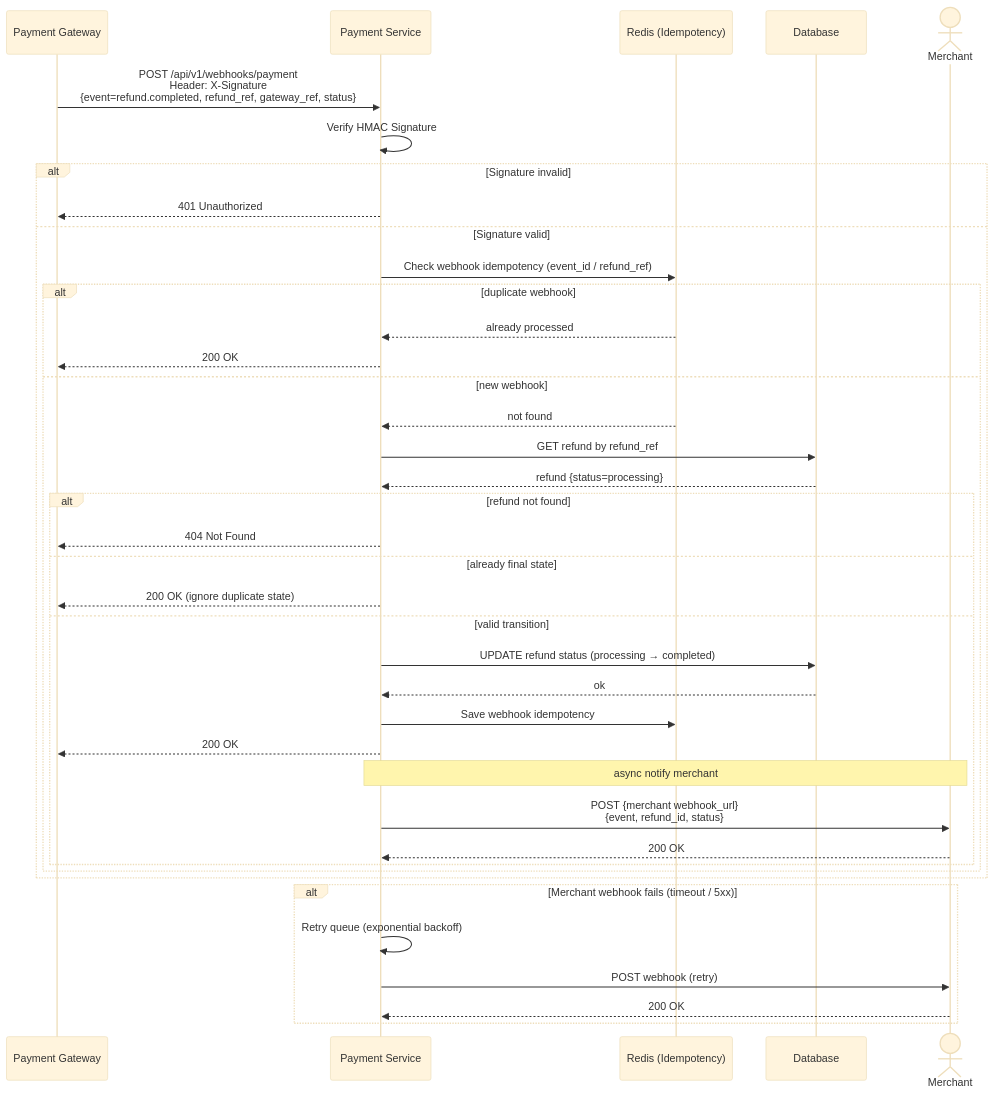
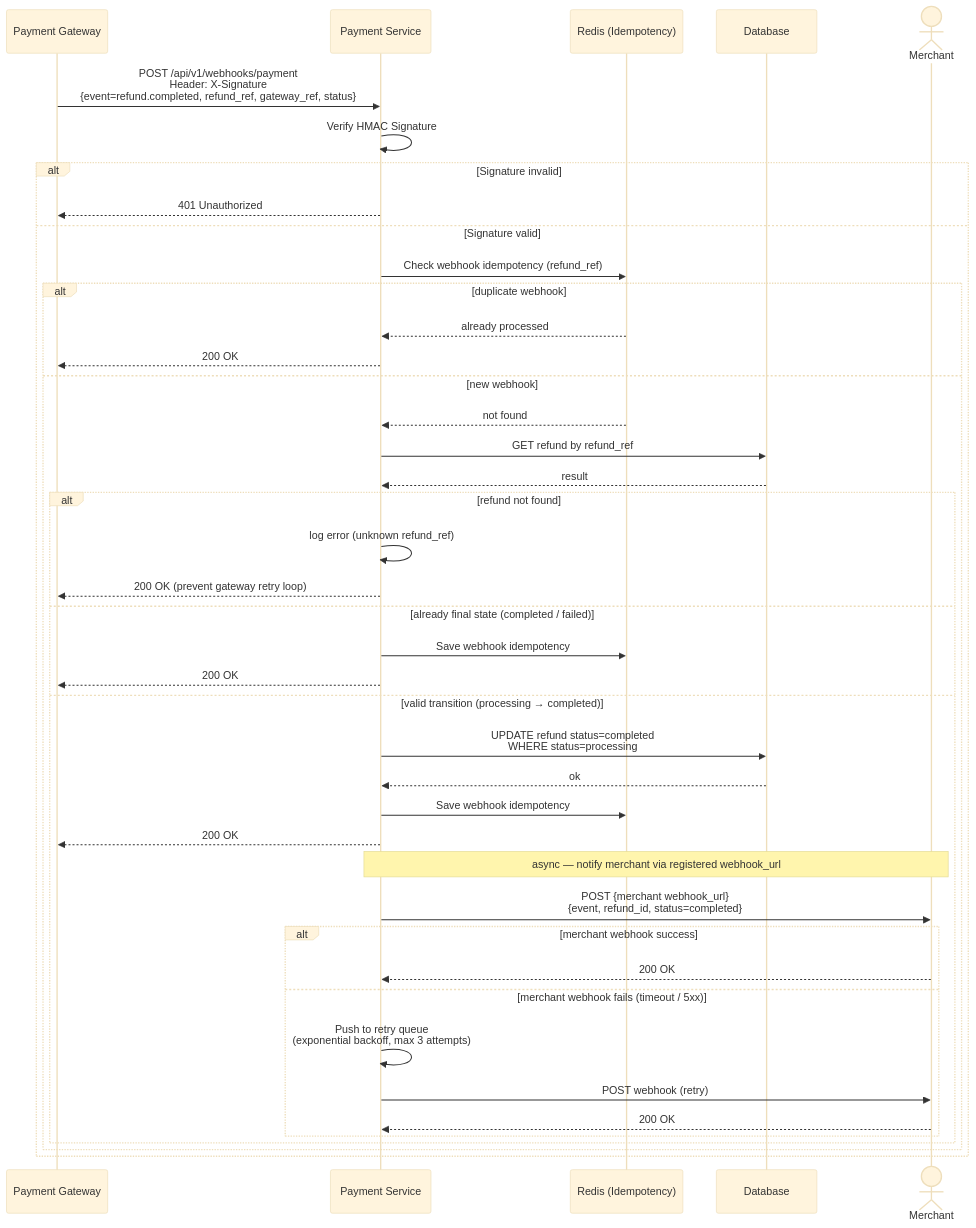
Before and after one commit to Noppawat3939/card-payment-service: the seventh of 7 diagrams in readme.md, drawn with Mermaid (base theme). The commit also changed other lines of this file and 3 other files, not shown here.

````diff
--- a/readme.md
+++ b/readme.md
@@ -619,53 +640,55 @@
 ```mermaid
 sequenceDiagram
     participant GW as Payment Gateway
     participant S as Payment Service
     participant R as Redis (Idempotency)
     participant DB as Database
     actor M as Merchant
 
     GW->>S: POST /api/v1/webhooks/payment<br/>Header: X-Signature<br/>{event=refund.completed, refund_ref, gateway_ref, status}
 
     S->>S: Verify HMAC Signature
 
     alt Signature invalid
         S-->>GW: 401 Unauthorized
     else Signature valid
 
-        S->>R: Check webhook idempotency (event_id / refund_ref)
+        S->>R: Check webhook idempotency (refund_ref)
 
         alt duplicate webhook
             R-->>S: already processed
             S-->>GW: 200 OK
         else new webhook
             R-->>S: not found
 
             S->>DB: GET refund by refund_ref
-            DB-->>S: refund {status=processing}
+            DB-->>S: result
 
             alt refund not found
-                S-->>GW: 404 Not Found
-            else already final state
-                S-->>GW: 200 OK (ignore duplicate state)
-            else valid transition
-                S->>DB: UPDATE refund status (processing → completed)
+                S->>S: log error (unknown refund_ref)
+                S-->>GW: 200 OK (prevent gateway retry loop)
+            else already final state (completed / failed)
+                S->>R: Save webhook idempotency
+                S-->>GW: 200 OK
+            else valid transition (processing → completed)
+                S->>DB: UPDATE refund status=completed<br/>WHERE status=processing
                 DB-->>S: ok
 
                 S->>R: Save webhook idempotency
-
                 S-->>GW: 200 OK
 
-                Note over S,M: async notify merchant
+                Note over S,M: async — notify merchant via registered webhook_url
 
-                S->>M: POST {merchant webhook_url}<br/>{event, refund_id, status}
-                M-->>S: 200 OK
+                S->>M: POST {merchant webhook_url}<br/>{event, refund_id, status=completed}
+
+                alt merchant webhook success
+                    M-->>S: 200 OK
+                else merchant webhook fails (timeout / 5xx)
+                    S->>S: Push to retry queue<br/>(exponential backoff, max 3 attempts)
+                    S->>M: POST webhook (retry)
+                    M-->>S: 200 OK
+                end
             end
         end
     end
-
-    alt Merchant webhook fails (timeout / 5xx)
-        S->>S: Retry queue (exponential backoff)
-        S->>M: POST webhook (retry)
-        M-->>S: 200 OK
-    end
 ```
````
